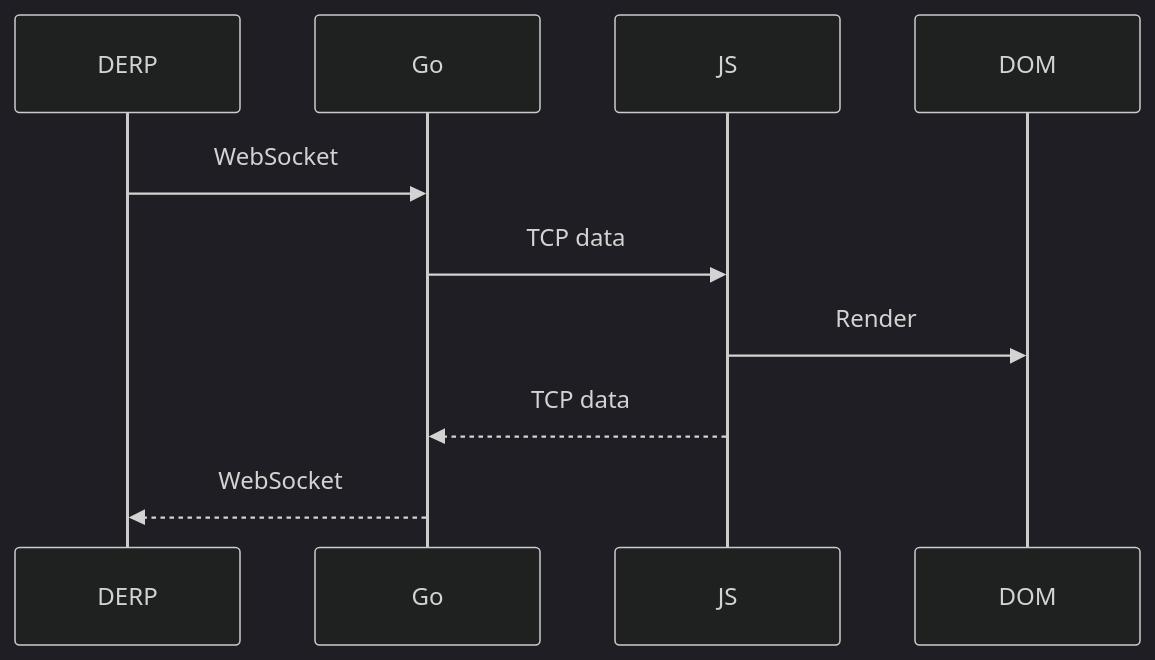
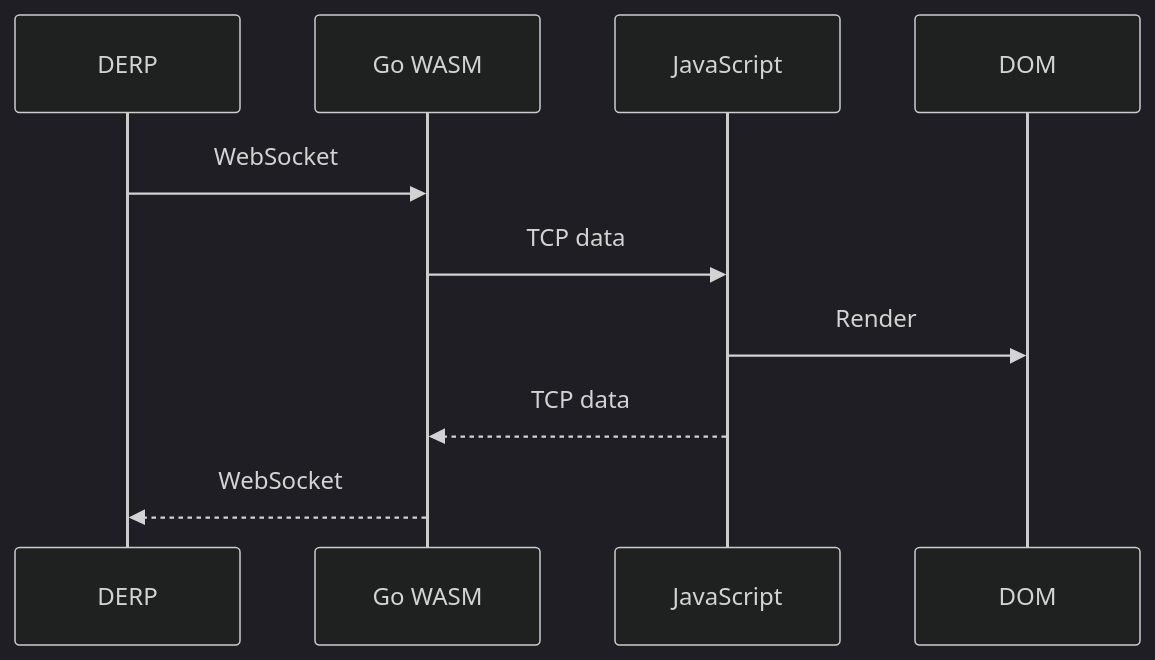
The third of 5 diagrams in README.md (rickli-cloud/headscale-console), drawn with Mermaid (dark theme) before and after one commit. The commit also changed other lines of this file and 1 other file, not shown here.

````diff
--- a/README.md
+++ b/README.md
@@ -165,9 +210,14 @@
 ```mermaid
 sequenceDiagram
-    DERP ->> Go: WebSocket
-    Go ->> JS: TCP data
-    JS ->> DOM: Render
+    Participant derp as DERP
+    Participant go as Go WASM
+    Participant js as JavaScript
+    Participant dom as DOM
 
-    JS -->> Go: TCP data
-    Go -->> DERP: WebSocket
+    derp ->> go: WebSocket
+    go ->> js: TCP data
+    js ->> dom: Render
+
+    js -->> go: TCP data
+    go -->> derp: WebSocket
 ```
````
